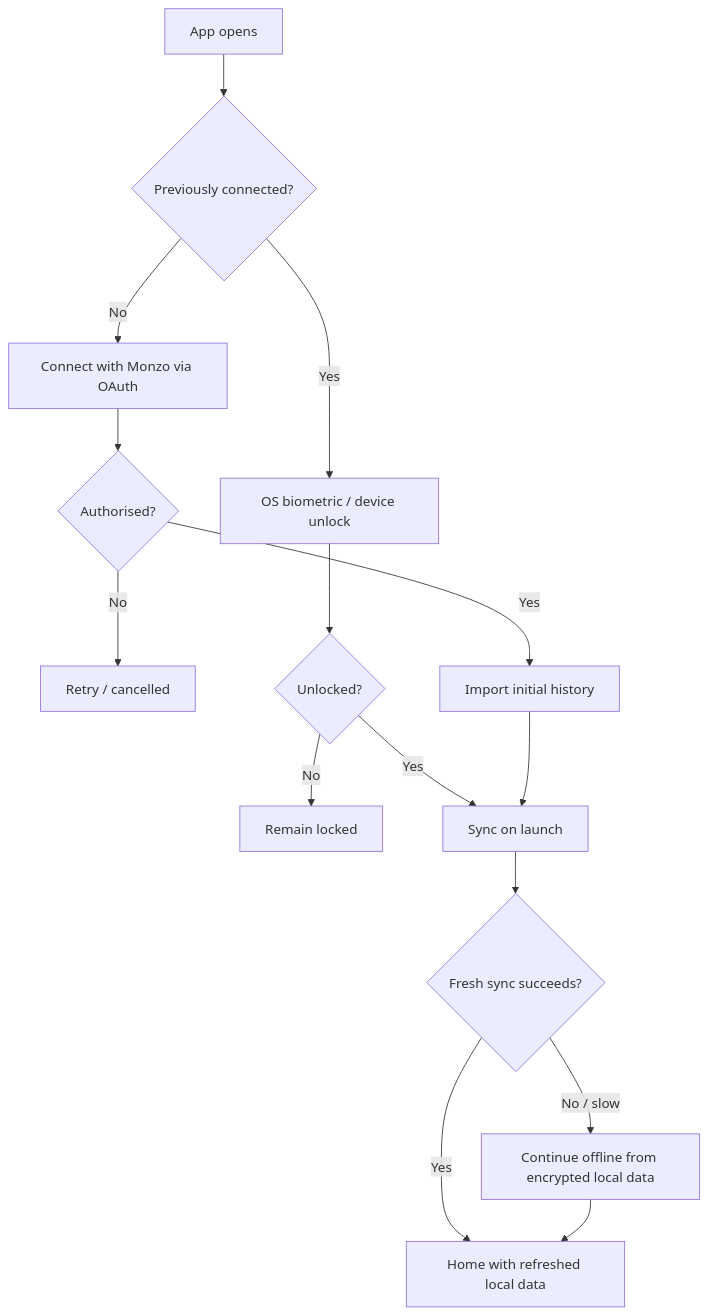
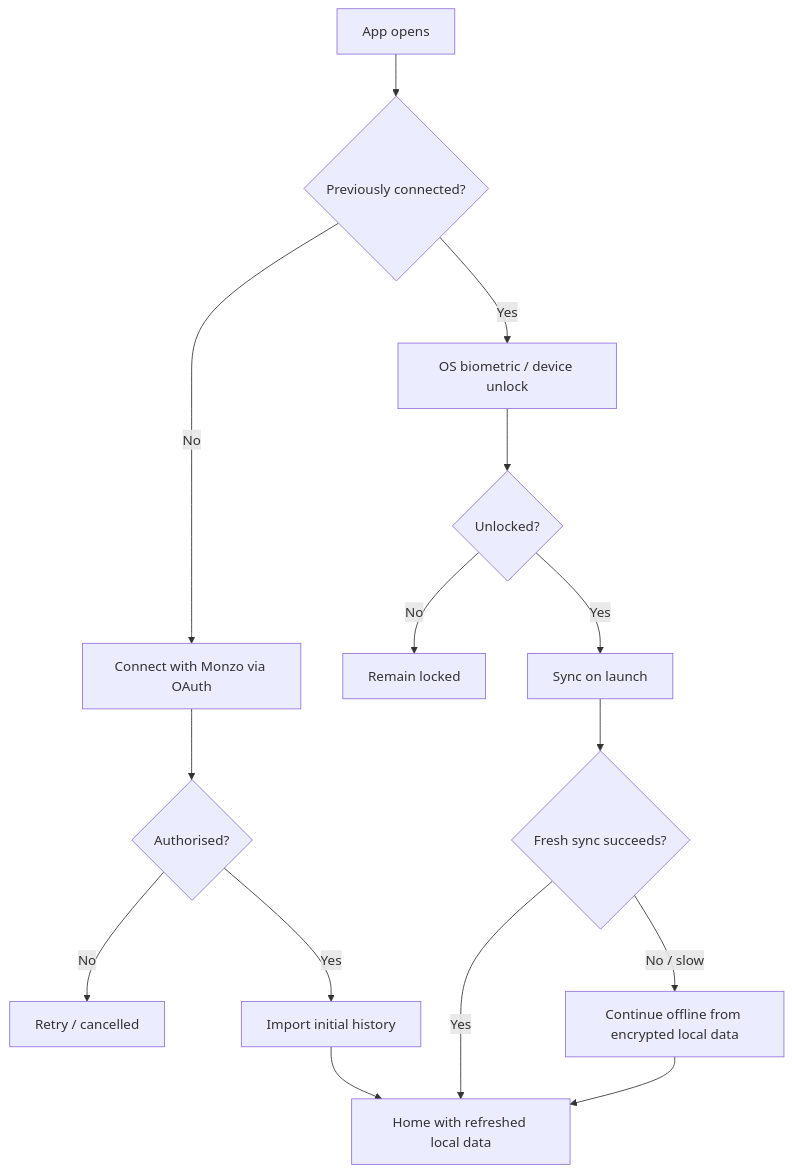
The diagram in docs/05-pages/startup/FUNCTIONAL.md (PeterMathie/vibe-ledger), drawn with Mermaid before and after one commit.

Commit message:
docs: avoid redundant second sync after first-time history import

````diff
--- a/docs/05-pages/startup/FUNCTIONAL.md
+++ b/docs/05-pages/startup/FUNCTIONAL.md
@@ -97,17 +97,17 @@
 ```mermaid
 flowchart TD
     A[App opens] --> B{Previously connected?}
     B -- No --> C[Connect with Monzo via OAuth]
     C --> D{Authorised?}
     D -- No --> E[Retry / cancelled]
     D -- Yes --> F[Import initial history]
     B -- Yes --> G[OS biometric / device unlock]
     G --> H{Unlocked?}
     H -- No --> I[Remain locked]
     H -- Yes --> J[Sync on launch]
-    F --> J
+    F --> L[Home with refreshed local data]
     J --> K{Fresh sync succeeds?}
     K -- Yes --> L[Home with refreshed local data]
     K -- No / slow --> M[Continue offline from encrypted local data]
     M --> L
 ```
````
